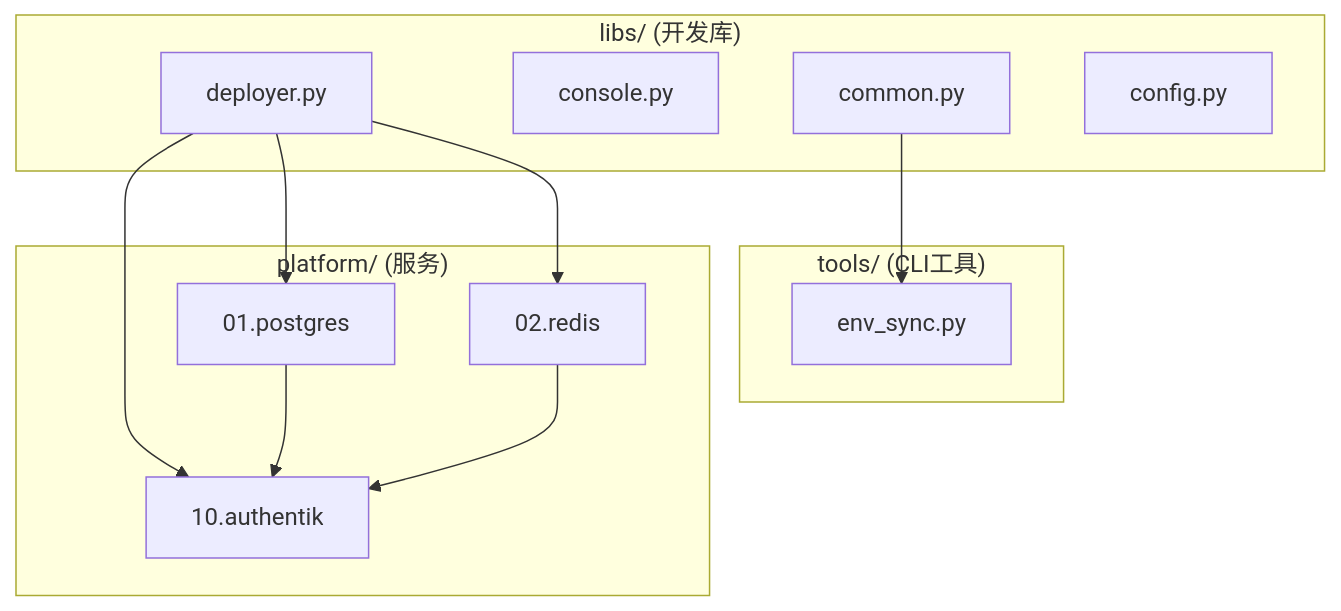
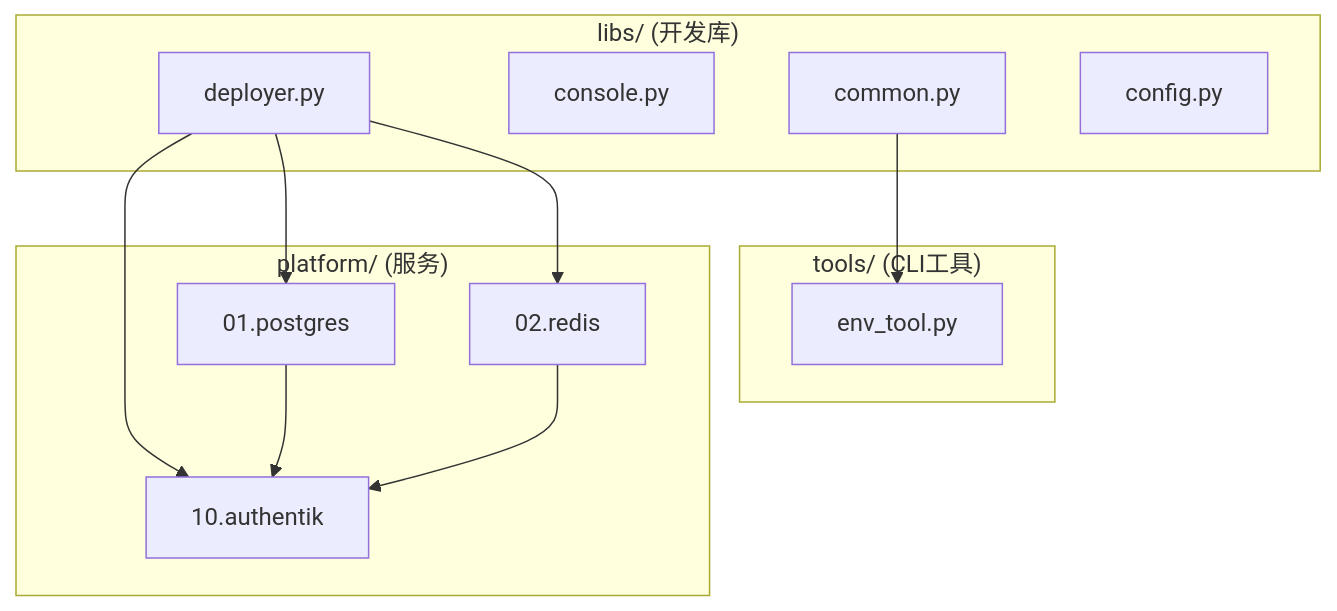
Before and after one commit to wangzitian0/infra2: the diagram in docs/ssot/platform.automation.md, drawn with Mermaid. The commit also changed other lines of this file and 13 other files, not shown here.

````diff
--- a/docs/ssot/platform.automation.md
+++ b/docs/ssot/platform.automation.md
@@ -28,26 +28,26 @@
 ```mermaid
 flowchart TB
     subgraph Libs["libs/ (开发库)"]
         Common[common.py]
         Console[console.py]
         Deployer[deployer.py]
         Config[config.py]
     end
     
     subgraph Tools["tools/ (CLI工具)"]
-        EnvSync[env_sync.py]
+        EnvTool[env_tool.py]
     end
     
     subgraph Platform["platform/ (服务)"]
         PG[01.postgres]
         RD[02.redis]
         AUTH[10.authentik]
     end
     
     Deployer --> PG
     Deployer --> RD
     Deployer --> AUTH
-    Common --> EnvSync
+    Common --> EnvTool
     PG --> AUTH
     RD --> AUTH
 ```
````
